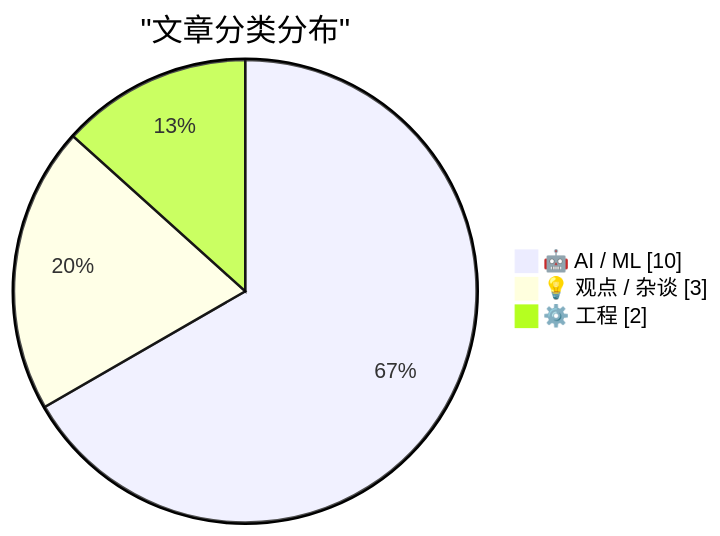
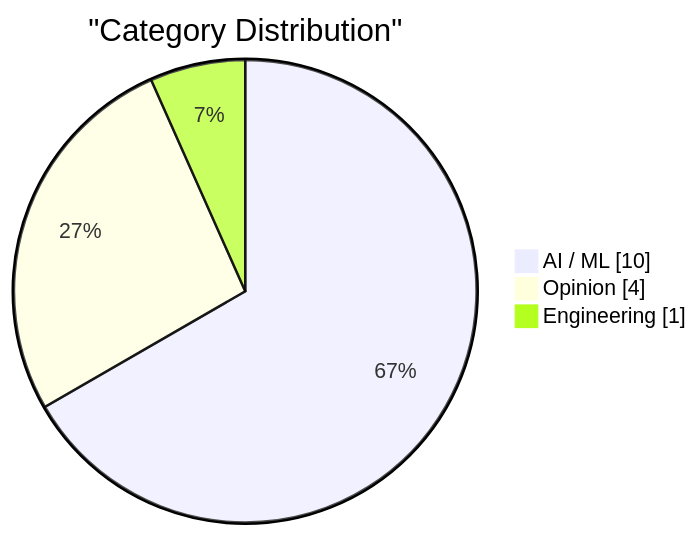
One commit to 0xEmberZz/daily-digest changed the first of 2 diagrams in digests/latest.md. Above: the diagram before and after it, drawn with Mermaid. The commit also changed other lines of this file and 3 other files, not shown here.

````diff
--- a/digests/latest.md
+++ b/digests/latest.md
@@ -53,7 +53,7 @@
 ```mermaid
 pie showData
-    title "文章分类分布"
-    "🤖 AI / ML" : 10
-    "💡 观点 / 杂谈" : 3
-    "⚙️ 工程" : 2
+    title "Category Distribution"
+    "AI / ML" : 10
+    "Opinion" : 4
+    "Engineering" : 1
 ```
````
